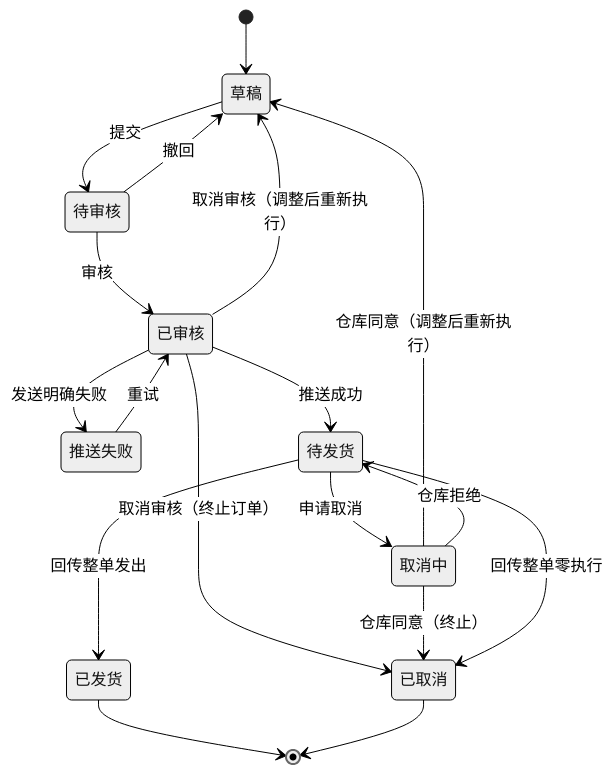
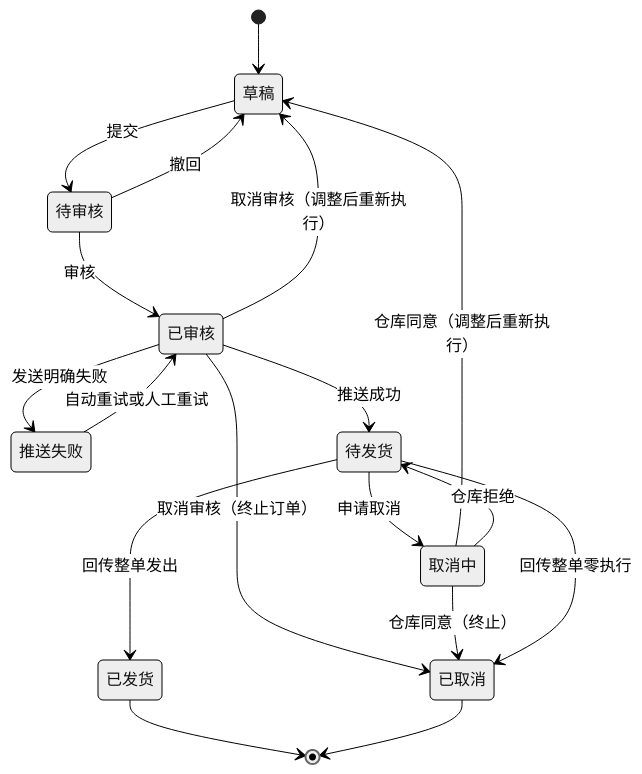
One commit to TopVitamin/QS-ERP-Project changed the fifth of 6 diagrams in 04-产品设计方案/20260812-ERP项目第一版框架搭建/系统架构和流程/03-单据与状态流转.md. Above: the diagram before and after it, drawn with Mermaid (neutral theme). The commit also changed other lines of this file and 101 other files, not shown here.

````diff
--- a/04-产品设计方案/20260812-ERP项目第一版框架搭建/系统架构和流程/03-单据与状态流转.md
+++ b/04-产品设计方案/20260812-ERP项目第一版框架搭建/系统架构和流程/03-单据与状态流转.md
@@ -145,20 +156,20 @@
 ```mermaid
 stateDiagram-v2
     [*] --> 草稿
     草稿 --> 待审核: 提交
     待审核 --> 草稿: 撤回
     待审核 --> 已审核: 审核
     已审核 --> 推送失败: 发送明确失败
-    推送失败 --> 已审核: 重试
+    推送失败 --> 已审核: 自动重试或人工重试
     已审核 --> 待发货: 推送成功
     已审核 --> 已取消: 取消审核（终止订单）
     已审核 --> 草稿: 取消审核（调整后重新执行）
     待发货 --> 取消中: 申请取消
     取消中 --> 已取消: 仓库同意（终止）
     取消中 --> 草稿: 仓库同意（调整后重新执行）
     取消中 --> 待发货: 仓库拒绝
     待发货 --> 已发货: 回传整单发出
     待发货 --> 已取消: 回传整单零执行
     已发货 --> [*]
     已取消 --> [*]
 ```
````
